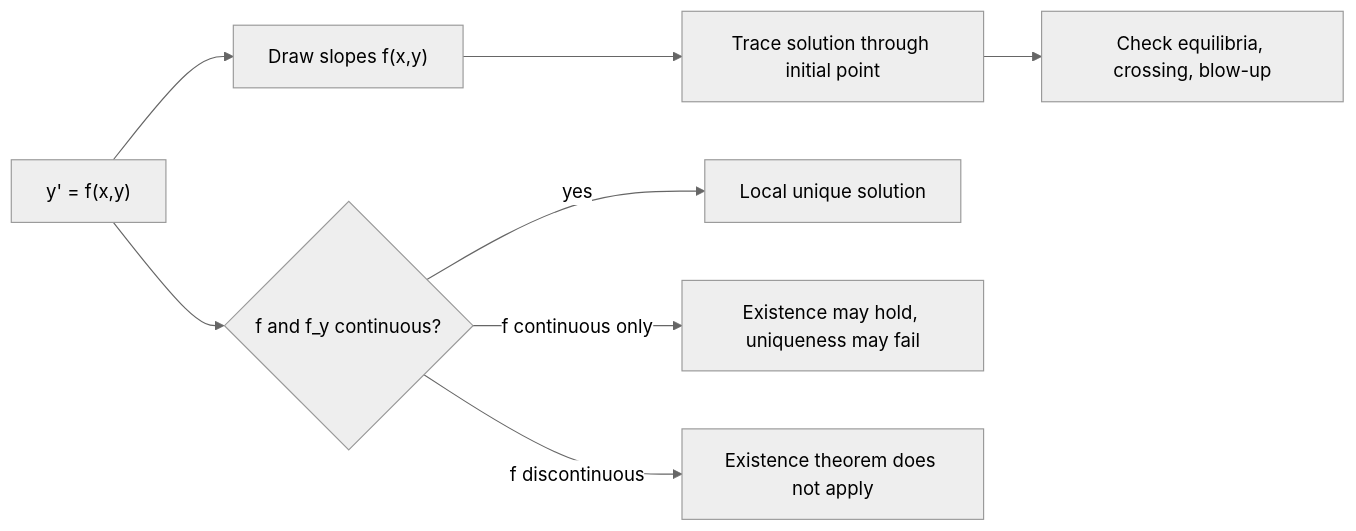
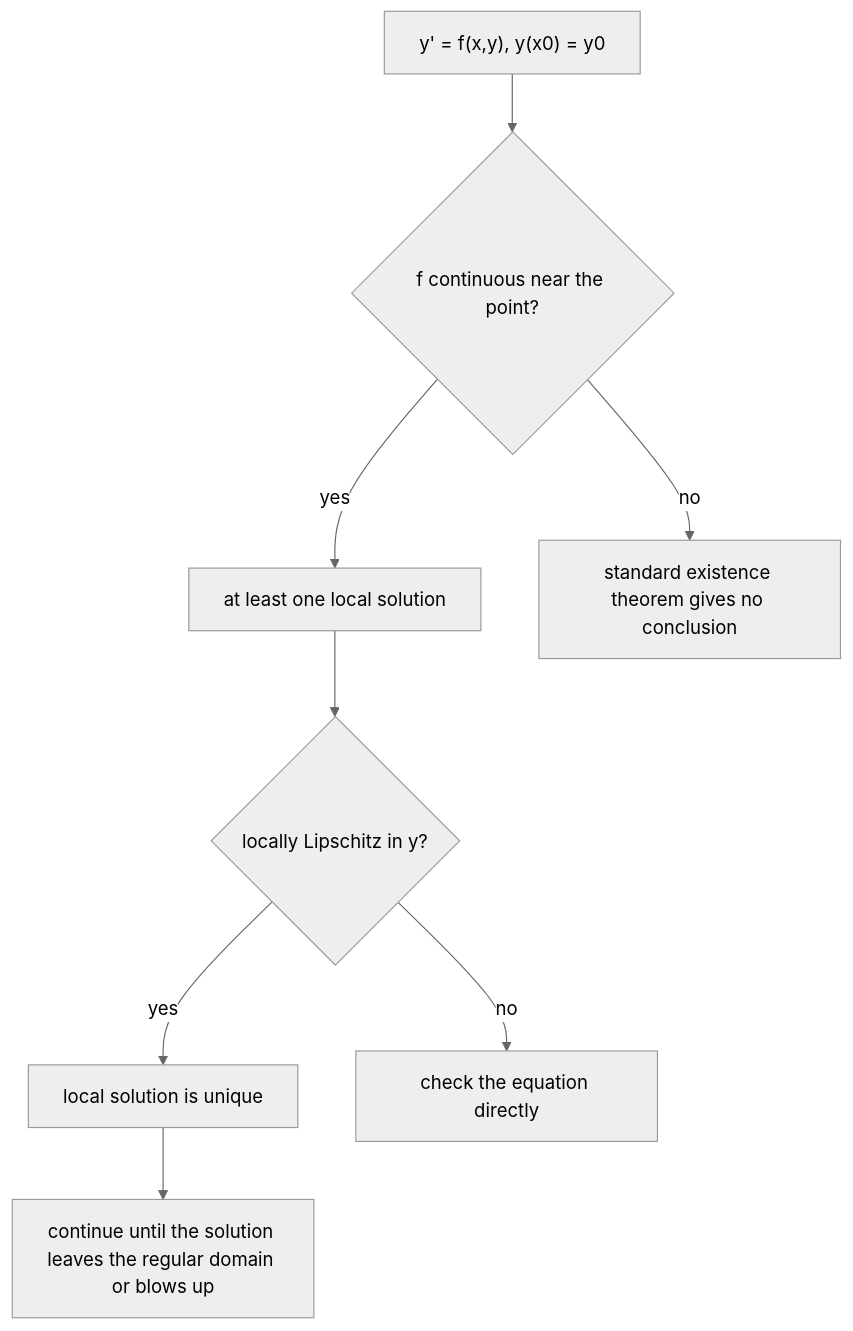
One commit to justinbrianhwang/SJ-wiki changed the diagram in docs/math/engineering-math/direction-fields-and-existence.md. Above: the diagram before and after it, drawn with Mermaid (neutral theme). The commit also changed other lines of this file and 955 other files, not shown here.

````diff
--- a/docs/math/engineering-math/direction-fields-and-existence.md
+++ b/docs/math/engineering-math/direction-fields-and-existence.md
@@ -79,10 +70,10 @@
 ```mermaid
-flowchart LR
-  A["y' = f(x,y)"] --> B["Draw slopes f(x,y)"]
-  B --> C[Trace solution through initial point]
-  A --> D{"f and f_y continuous?"}
-  D -->|yes| E[Local unique solution]
-  D -->|f continuous only| F["Existence may hold, uniqueness may fail"]
-  D -->|f discontinuous| G[Existence theorem does not apply]
-  C --> H["Check equilibria, crossing, blow-up"]
+flowchart TD
+  IVP["y' = f(x,y), y(x0) = y0"] --> C{"f continuous near the point?"}
+  C -->|yes| E["at least one local solution"]
+  C -->|no| N["standard existence theorem gives no conclusion"]
+  E --> L{"locally Lipschitz in y?"}
+  L -->|yes| U["local solution is unique"]
+  L -->|no| Q["check the equation directly"]
+  U --> M["continue until the solution leaves the regular domain or blows up"]
 ```
````
